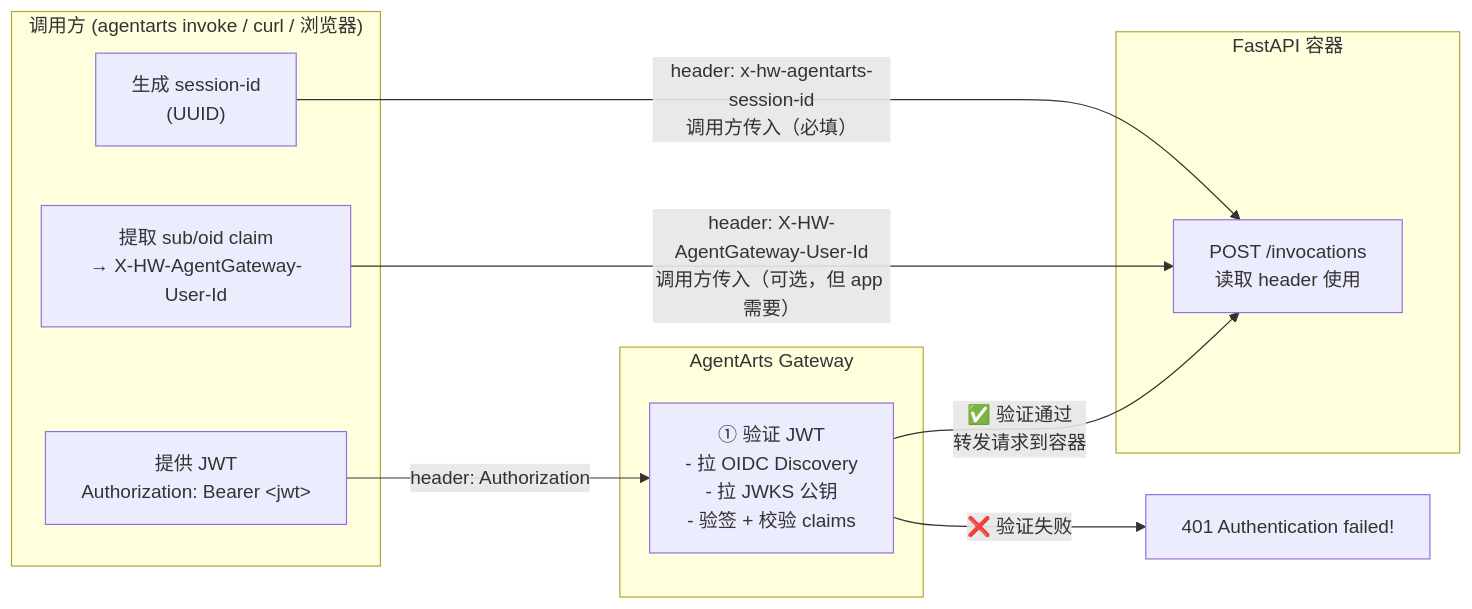
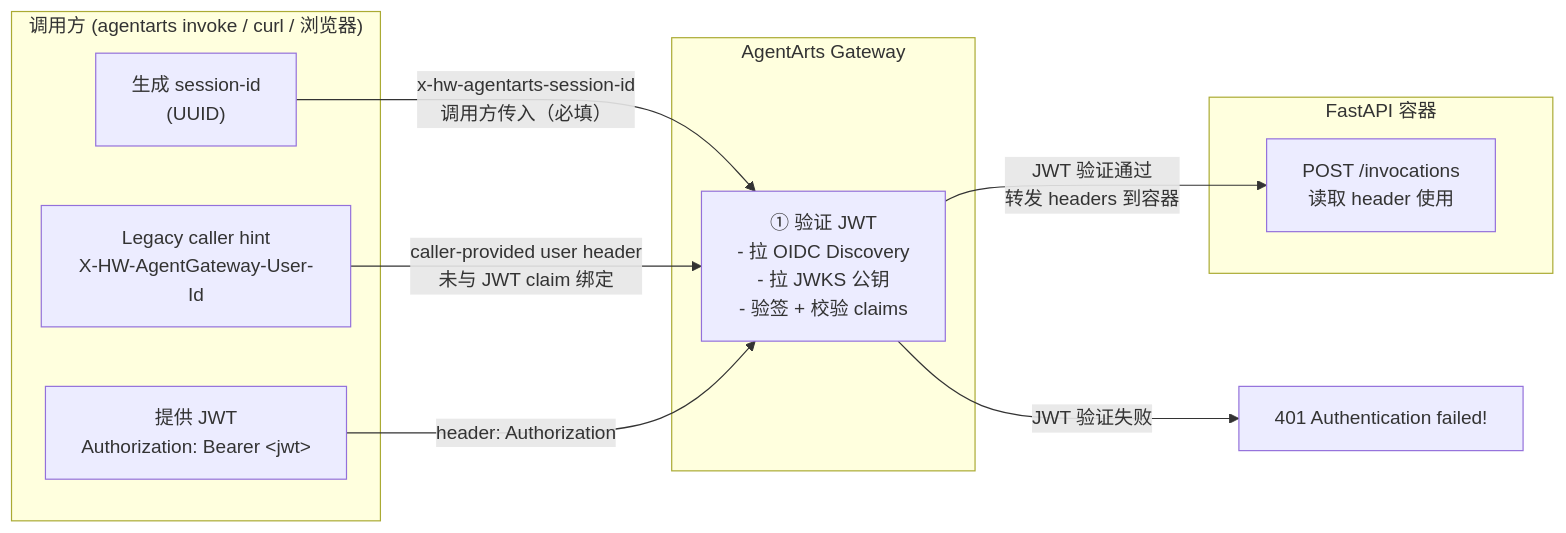
One commit to T-1009/personal-assistant changed the sixth of 7 diagrams in personal-assistant-meta/architecture/cloud-service/huaweicloud/agentarts.md. Above: the diagram before and after it, drawn with Mermaid. The commit also changed other lines of this file and 3 other files, not shown here.

````diff
--- a/personal-assistant-meta/architecture/cloud-service/huaweicloud/agentarts.md
+++ b/personal-assistant-meta/architecture/cloud-service/huaweicloud/agentarts.md
@@ -761,22 +790,22 @@
 ```mermaid
 flowchart LR
     subgraph CLIENT["调用方 (agentarts invoke / curl / 浏览器)"]
         GEN_SESSION["生成 session-id<br/>(UUID)"]
         GEN_JWT["提供 JWT<br/>Authorization: Bearer &lt;jwt&gt;"]
-        GEN_UID["提取 sub/oid claim<br/>→ X-HW-AgentGateway-User-Id"]
+        GEN_UID["Legacy caller hint<br/>X-HW-AgentGateway-User-Id"]
     end
 
     subgraph GATEWAY["AgentArts Gateway"]
         VALIDATE["① 验证 JWT<br/>- 拉 OIDC Discovery<br/>- 拉 JWKS 公钥<br/>- 验签 + 校验 claims"]
     end
 
     subgraph CONTAINER["FastAPI 容器"]
         APP["POST /invocations<br/>读取 header 使用"]
     end
 
-    GEN_SESSION -->|"header: x-hw-agentarts-session-id<br/>调用方传入（必填）"| APP
-    GEN_UID -->|"header: X-HW-AgentGateway-User-Id<br/>调用方传入（可选，但 app 需要）"| APP
+    GEN_SESSION -->|"x-hw-agentarts-session-id<br/>调用方传入（必填）"| VALIDATE
+    GEN_UID -->|"caller-provided user header<br/>未与 JWT claim 绑定"| VALIDATE
     GEN_JWT -->|"header: Authorization"| VALIDATE
-    VALIDATE -->|"✅ 验证通过<br/>转发请求到容器"| APP
-    VALIDATE -->|"❌ 验证失败"| ERR401["401 Authentication failed!"]
+    VALIDATE -->|"JWT 验证通过<br/>转发 headers 到容器"| APP
+    VALIDATE -->|"JWT 验证失败"| ERR401["401 Authentication failed!"]
 ```
````
